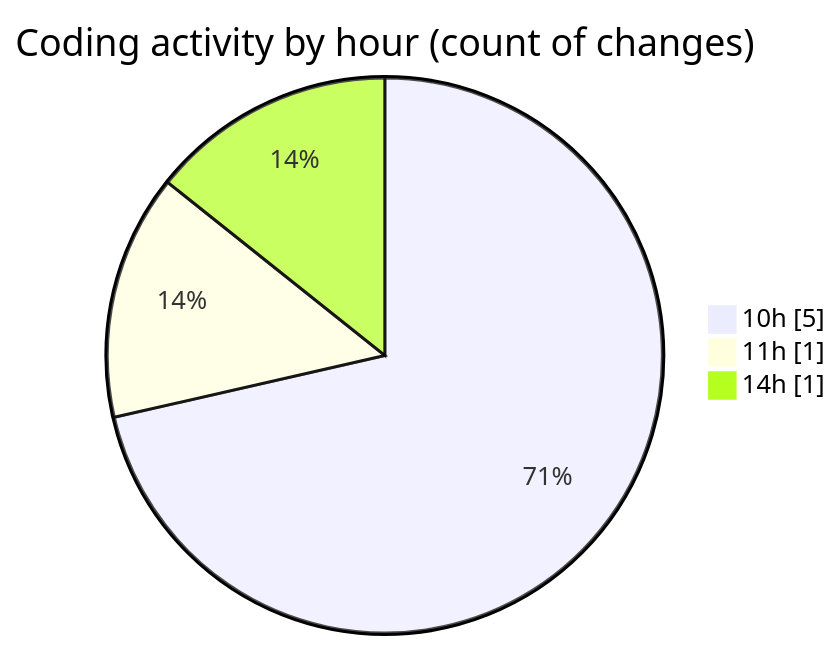
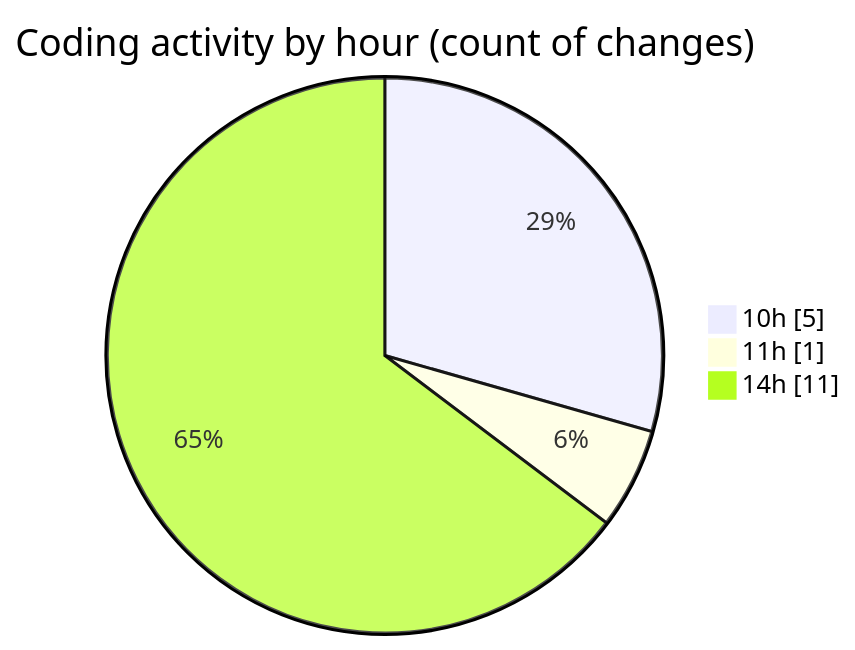
One commit to nxtqubesakshisongat/code-tracking changed the second of 2 diagrams in 2026-04-13/airfeed-analytics-dashboard/README.md. Above: the diagram before and after it, drawn with Mermaid. The commit also changed other lines of this file and 1 other file, not shown here.

````diff
--- a/2026-04-13/airfeed-analytics-dashboard/README.md
+++ b/2026-04-13/airfeed-analytics-dashboard/README.md
@@ -31,7 +32,7 @@
 ```mermaid
 pie showData
 title Coding activity by hour (count of changes)
 "10h" : 5
 "11h" : 1
-"14h" : 1
+"14h" : 11
 ```
````
